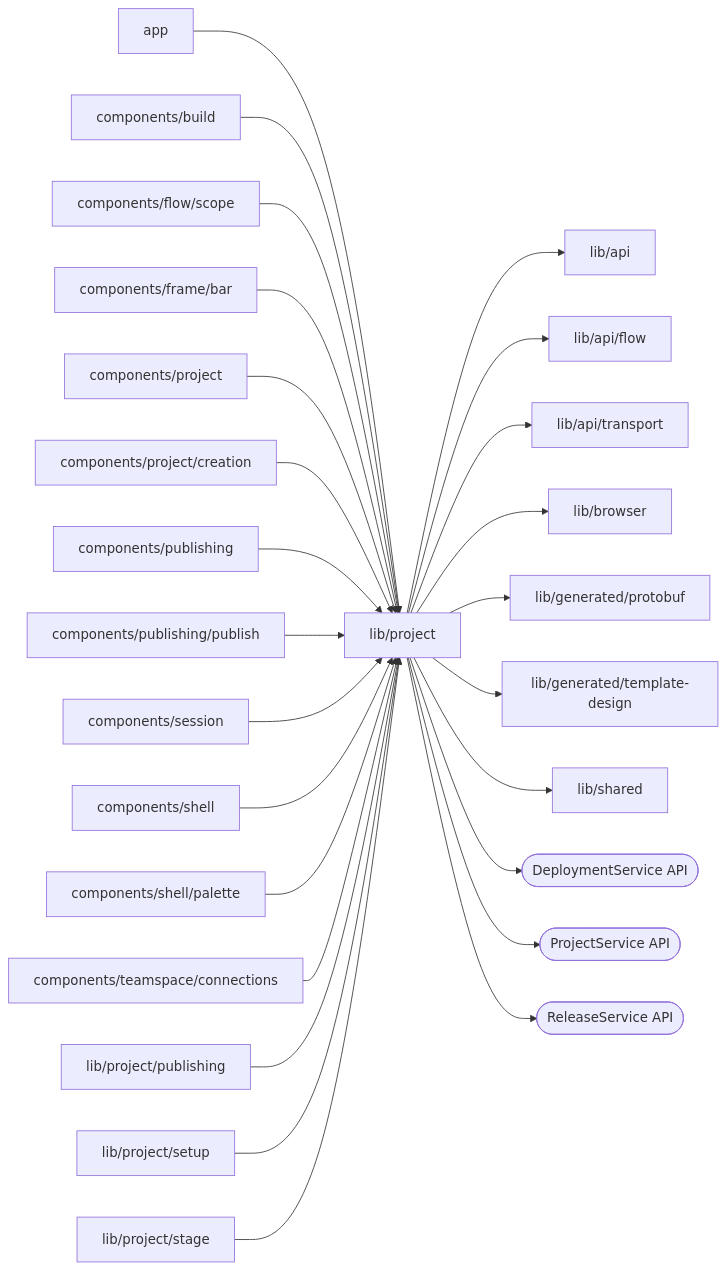
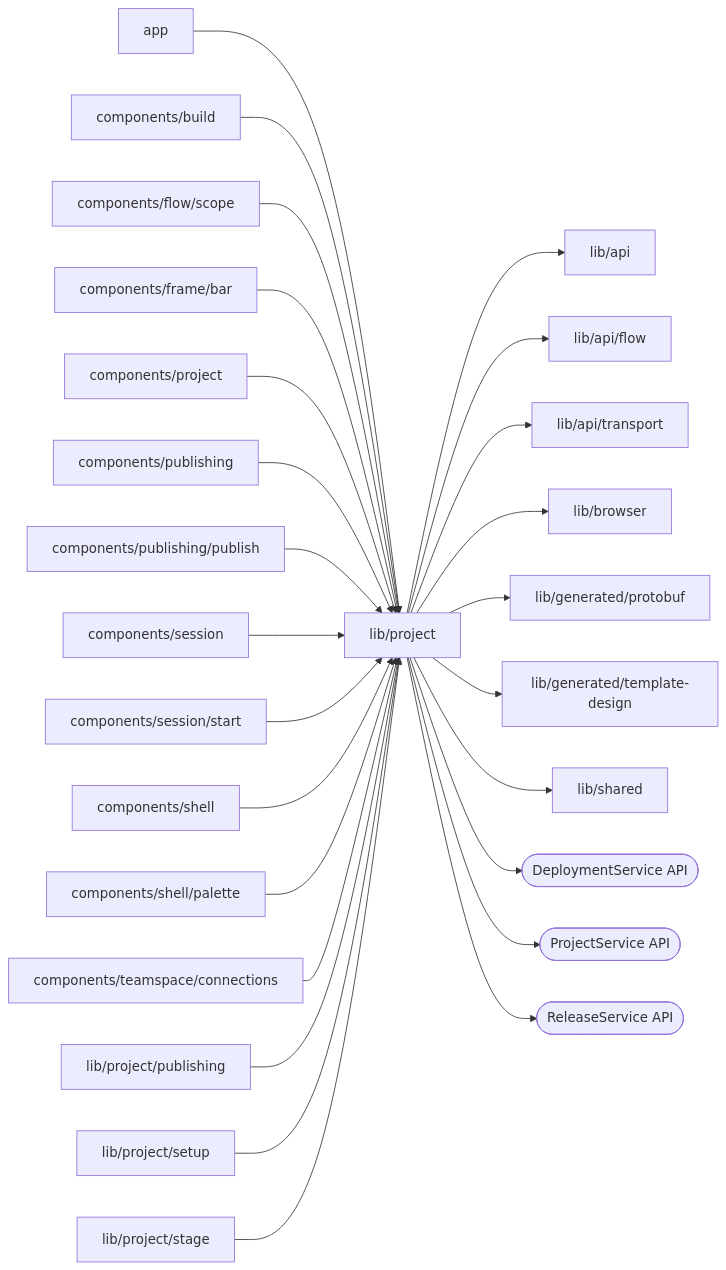
One commit to superdurable/superverse changed the diagram in web/studio/lib/project/README.md. Above: the diagram before and after it, drawn with Mermaid. The commit also changed other lines of this file and 31 other files, not shown here.

````diff
--- a/web/studio/lib/project/README.md
+++ b/web/studio/lib/project/README.md
@@ -10,29 +10,29 @@
 ```mermaid
 flowchart LR
   self["lib/project"]
   c0["app"] --> self
   c1["components/build"] --> self
   c2["components/flow/scope"] --> self
   c3["components/frame/bar"] --> self
   c4["components/project"] --> self
-  c5["components/project/creation"] --> self
-  c6["components/publishing"] --> self
-  c7["components/publishing/publish"] --> self
-  c8["components/session"] --> self
+  c5["components/publishing"] --> self
+  c6["components/publishing/publish"] --> self
+  c7["components/session"] --> self
+  c8["components/session/start"] --> self
   c9["components/shell"] --> self
   c10["components/shell/palette"] --> self
   c11["components/teamspace/connections"] --> self
   c12["lib/project/publishing"] --> self
   c13["lib/project/setup"] --> self
   c14["lib/project/stage"] --> self
   self --> d0["lib/api"]
   self --> d1["lib/api/flow"]
   self --> d2["lib/api/transport"]
   self --> d3["lib/browser"]
   self --> d4["lib/generated/protobuf"]
   self --> d5["lib/generated/template-design"]
   self --> d6["lib/shared"]
   self --> e0(["DeploymentService API"])
   self --> e1(["ProjectService API"])
   self --> e2(["ReleaseService API"])
 ```
````
